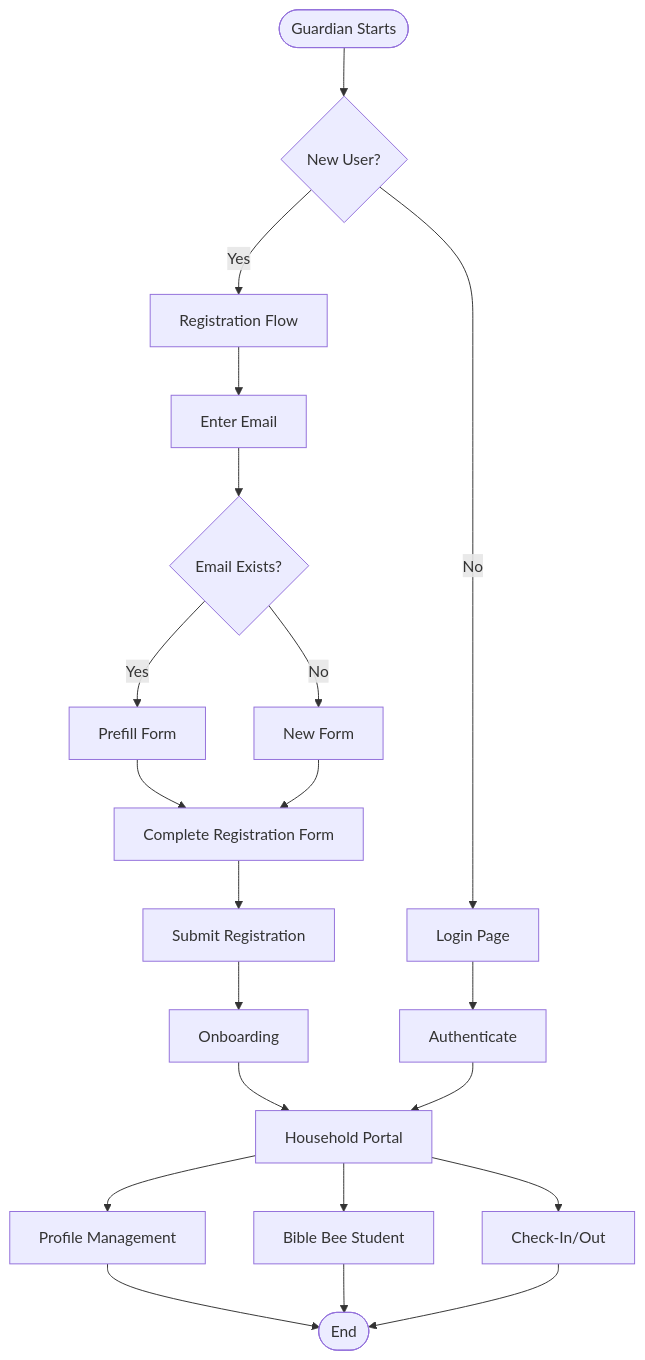
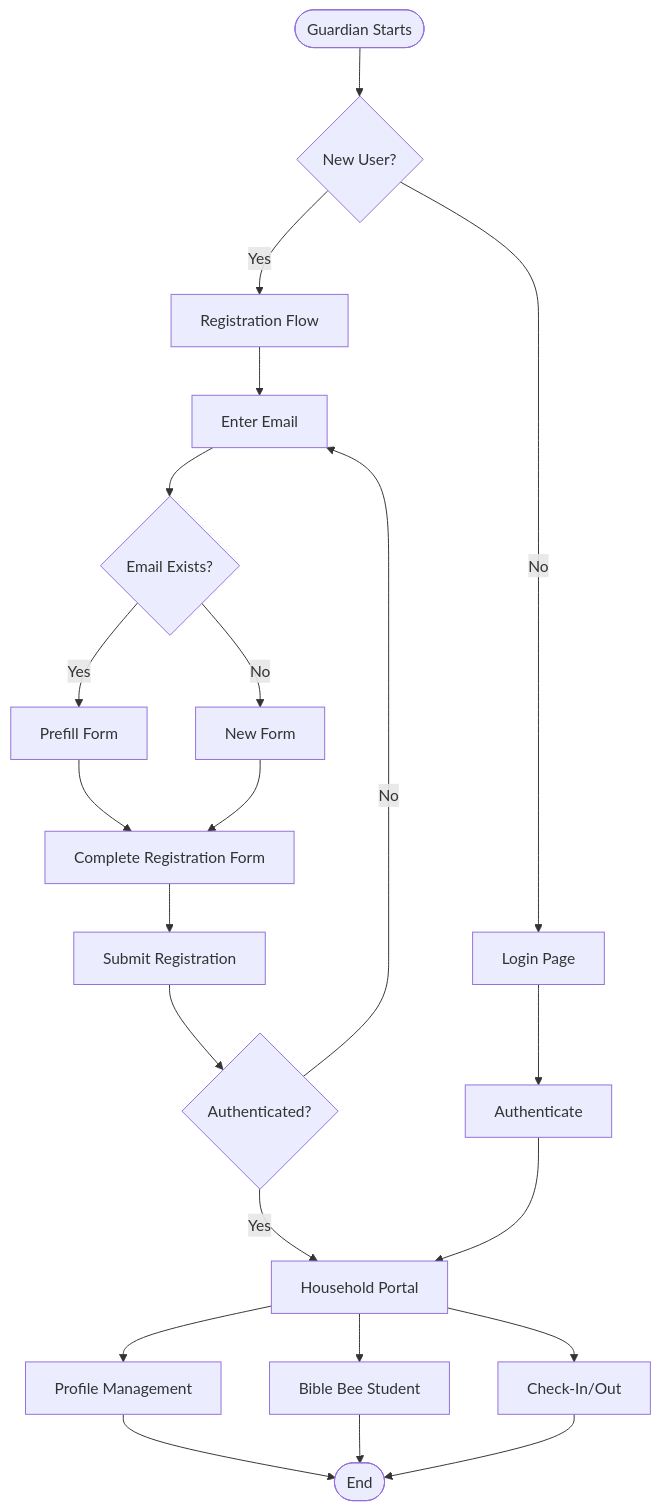
One commit to tzlukoma/gather-kids changed the diagram in docs/flows/guardian/README.md. Above: the diagram before and after it, drawn with Mermaid. The commit also changed 1 other file, not shown here.

Commit message:
Fix remaining documentation issues from PR comments
- Fix Bible Bee enrollment code snippet to use correct field names (id, bible_bee_cycle_id, bibleBeeCycleId)
- Update transaction rollback description to distinguish Dexie vs Supabase behavior
- Fix Guardian journey diagram to remove explicit Onboarding step and show actual redirect behavior

````diff
--- a/docs/flows/guardian/README.md
+++ b/docs/flows/guardian/README.md
@@ -73,30 +73,31 @@
 ```mermaid
 flowchart TD
     Start([Guardian Starts]) --> NewUser{New User?}
     
     NewUser -->|Yes| Register[Registration Flow]
     NewUser -->|No| Login[Login Page]
     
     Register --> EmailEntry[Enter Email]
     EmailEntry --> EmailCheck{Email Exists?}
     EmailCheck -->|Yes| Prefill[Prefill Form]
     EmailCheck -->|No| NewForm[New Form]
     
     Prefill --> FormComplete[Complete Registration Form]
     NewForm --> FormComplete
     
     FormComplete --> Submit[Submit Registration]
-    Submit --> Onboarding[Onboarding]
-    Onboarding --> HouseholdPortal[Household Portal]
+    Submit --> AuthCheck{Authenticated?}
+    AuthCheck -->|Yes| HouseholdPortal[Household Portal]
+    AuthCheck -->|No| EmailEntry
     
     Login --> Auth[Authenticate]
     Auth --> HouseholdPortal
     
     HouseholdPortal --> ProfileMgmt[Profile Management]
     HouseholdPortal --> BibleBee[Bible Bee Student]
     HouseholdPortal --> CheckIn["Check-In/Out"]
     
     ProfileMgmt --> End([End])
     BibleBee --> End
     CheckIn --> End
 ```
````
